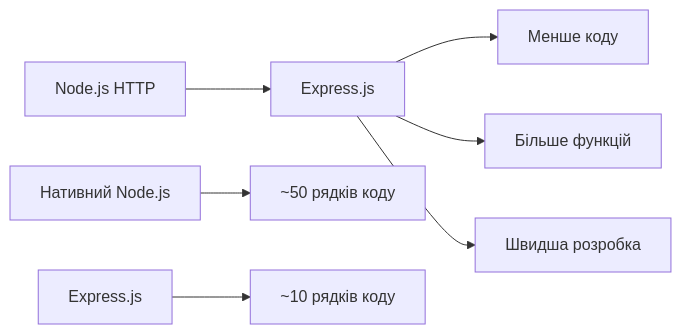
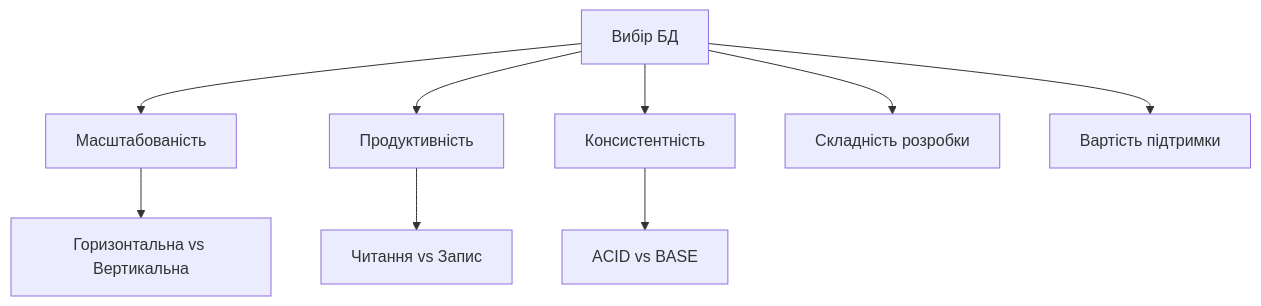
The first of 9 diagrams in docs/presentations/presentation-05.md (olroi421/course-web), drawn with Mermaid before and after one commit. The commit also changed other lines of this file, not shown here.

````diff
--- a/docs/presentations/presentation-05.md
+++ b/docs/presentations/presentation-05.md
@@ -20,10 +13,12 @@
 ```mermaid
-graph LR
-    A[Node.js HTTP] --> B[Express.js]
-    B --> C[Менше коду]
-    B --> D[Більше функцій]
-    B --> E[Швидша розробка]
+graph TD
+    A[Вибір БД] --> B[Масштабованість]
+    A --> C[Продуктивність]
+    A --> D[Консистентність]
+    A --> E[Складність розробки]
+    A --> F[Вартість підтримки]
 
-    F[Нативний Node.js] --> G[~50 рядків коду]
-    H[Express.js] --> I[~10 рядків коду]
+    B --> G[Горизонтальна vs Вертикальна]
+    C --> H[Читання vs Запис]
+    D --> I[ACID vs BASE]
 ```
````
